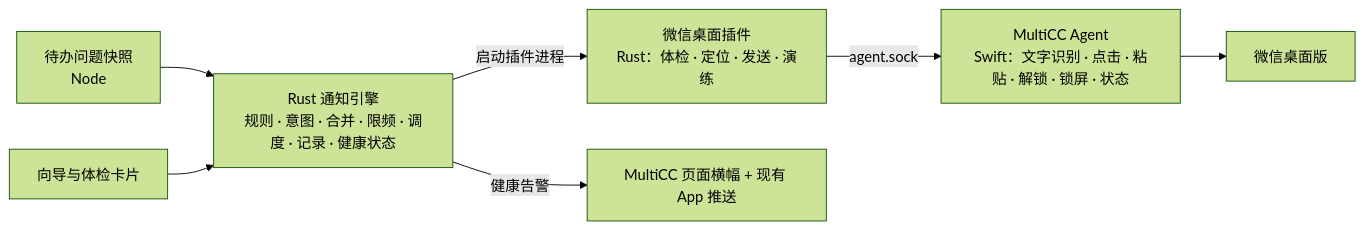
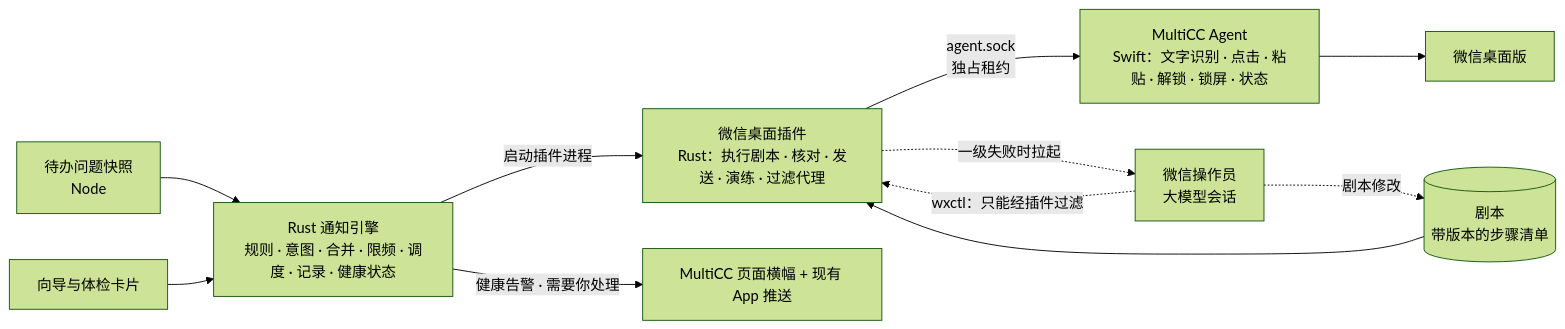
One commit to lsjwzh/MultiCC changed the diagram in docs/notification-channel-plugin-design.md. Above: the diagram before and after it, drawn with Mermaid (forest theme). The commit also changed other lines of this file, not shown here.

````diff
--- a/docs/notification-channel-plugin-design.md
+++ b/docs/notification-channel-plugin-design.md
@@ -84,9 +103,13 @@
 ```mermaid
 flowchart LR
     S[待办问题快照<br/>Node] --> E[Rust 通知引擎<br/>规则 · 意图 · 合并 · 限频 · 调度 · 记录 · 健康状态]
-    E -->|启动插件进程| P[微信桌面插件<br/>Rust：体检 · 定位 · 发送 · 演练]
-    P -->|agent.sock| A[MultiCC Agent<br/>Swift：文字识别 · 点击 · 粘贴 · 解锁 · 锁屏 · 状态]
+    E -->|启动插件进程| P[微信桌面插件<br/>Rust：执行剧本 · 核对 · 发送 · 演练 · 过滤代理]
+    PB[(剧本<br/>带版本的步骤清单)] --> P
+    P -->|agent.sock<br/>独占租约| A[MultiCC Agent<br/>Swift：文字识别 · 点击 · 粘贴 · 解锁 · 锁屏 · 状态]
     A --> W[微信桌面版]
-    E -->|健康告警| N[MultiCC 页面横幅 + 现有 App 推送]
+    P -.->|一级失败时拉起| L[微信操作员<br/>大模型会话]
+    L -.->|wxctl：只能经插件过滤| P
+    L -.->|剧本修改| PB
+    E -->|健康告警 · 需要你处理| N[MultiCC 页面横幅 + 现有 App 推送]
     UI[向导与体检卡片] --> E
 ```
````
